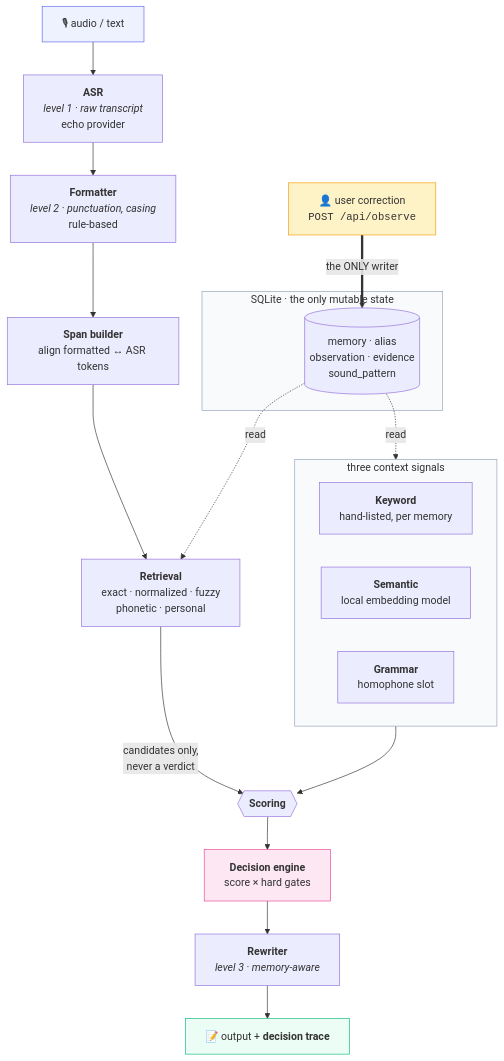
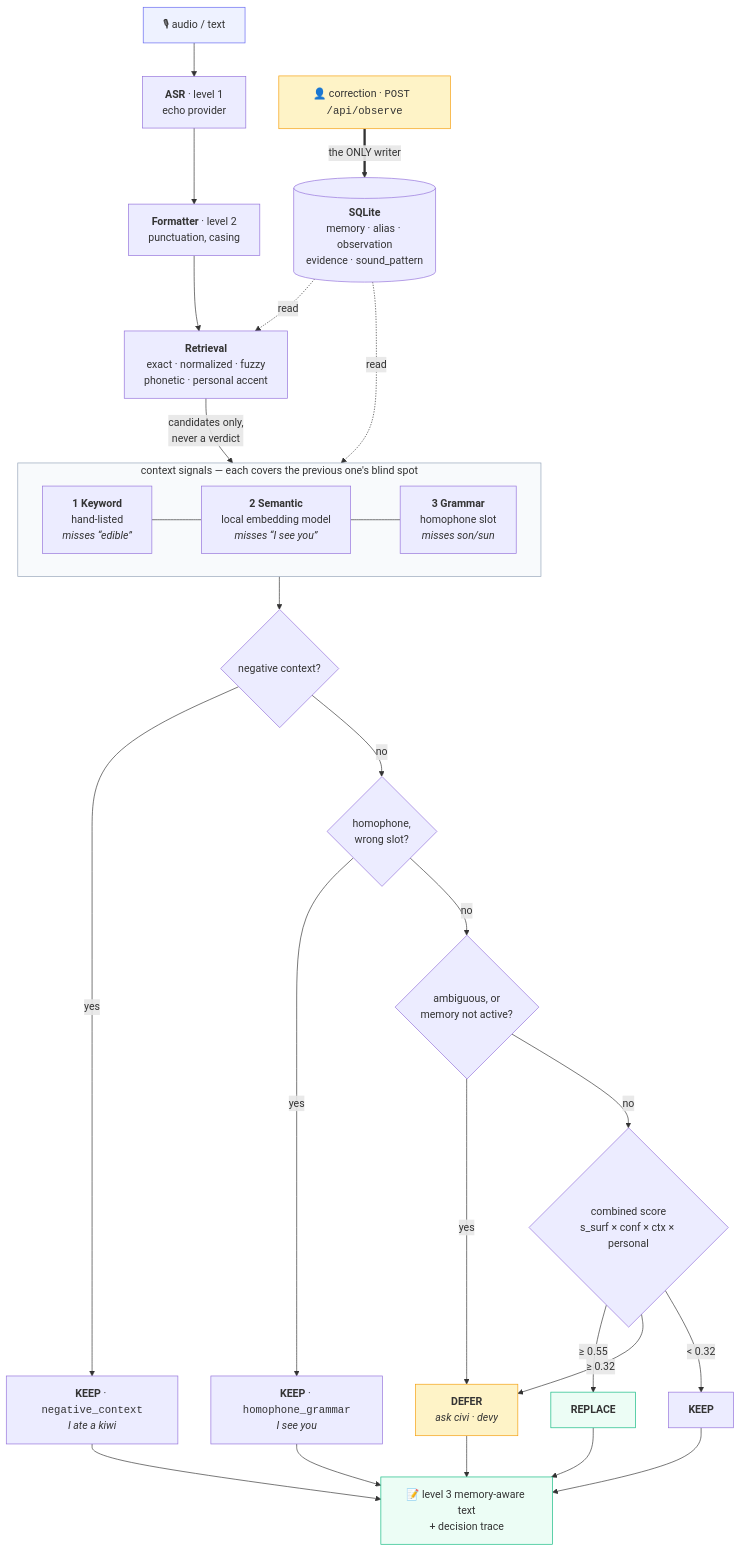
One commit to kailash-git/Sarvam_AI_Internship_Task changed the diagram in README.md. Above: the diagram before and after it, drawn with Mermaid. The commit also changed other lines of this file, not shown here.

````diff
--- a/README.md
+++ b/README.md
@@ -27,33 +27,44 @@
 ```mermaid
 flowchart TD
-    A["🎙 audio / text"] --> B["<b>ASR</b><br/><i>level 1 · raw transcript</i><br/>echo provider"]
-    B --> C["<b>Formatter</b><br/><i>level 2 · punctuation, casing</i><br/>rule-based"]
-    C --> D["<b>Span builder</b><br/>align formatted ↔ ASR tokens"]
-    D --> E["<b>Retrieval</b><br/>exact · normalized · fuzzy<br/>phonetic · personal"]
-    E -->|"candidates only,<br/>never a verdict"| F{{"<b>Scoring</b>"}}
+    A["🎙 audio / text"] --> B["<b>ASR</b> · level 1<br/>echo provider"]
+    B --> C["<b>Formatter</b> · level 2<br/>punctuation, casing"]
+    C --> D["<b>Retrieval</b><br/>exact · normalized · fuzzy<br/>phonetic · personal accent"]
+    D -->|"candidates only,<br/>never a verdict"| S
 
-    F --> G["<b>Decision engine</b><br/>score × hard gates"]
-    G --> H["<b>Rewriter</b><br/><i>level 3 · memory-aware</i>"]
-    H --> I["📝 output + <b>decision trace</b>"]
+    subgraph S ["context signals — each covers the previous one's blind spot"]
+        direction LR
+        S1["<b>1 Keyword</b><br/>hand-listed<br/><i>misses “edible”</i>"]
+        S2["<b>2 Semantic</b><br/>local embedding model<br/><i>misses “I see you”</i>"]
+        S3["<b>3 Grammar</b><br/>homophone slot<br/><i>misses son/sun</i>"]
+        S1 --- S2 --- S3
+    end
 
-    subgraph SIG ["three context signals"]
-        S1["<b>Keyword</b><br/>hand-listed, per memory"]
-        S2["<b>Semantic</b><br/>local embedding model"]
-        S3["<b>Grammar</b><br/>homophone slot"]
-    end
-    SIG --> F
+    S --> G1{"negative context?"}
+    G1 -->|yes| K1["<b>KEEP</b> · <code>negative_context</code><br/><i>I ate a kiwi</i>"]
+    G1 -->|no| G2{"homophone,<br/>wrong slot?"}
+    G2 -->|yes| K2["<b>KEEP</b> · <code>homophone_grammar</code><br/><i>I see you</i>"]
+    G2 -->|no| G3{"ambiguous, or<br/>memory not active?"}
+    G3 -->|yes| DF["<b>DEFER</b><br/><i>ask civi · devy</i>"]
+    G3 -->|no| BAND{"combined score<br/>s_surf × conf × ctx × personal"}
+    BAND -->|"&ge; 0.55"| RP["<b>REPLACE</b>"]
+    BAND -->|"&ge; 0.32"| DF
+    BAND -->|"&lt; 0.32"| K3["<b>KEEP</b>"]
 
-    subgraph MEM ["SQLite · the only mutable state"]
-        M1[("memory · alias<br/>observation · evidence<br/>sound_pattern")]
-    end
-    M1 -.->|read| E
-    M1 -.->|read| SIG
-    OBS["👤 user correction<br/><code>POST /api/observe</code>"] ==>|"the ONLY writer"| M1
+    RP --> OUT["📝 level 3 memory-aware text<br/>+ decision trace"]
+    DF --> OUT
+    K1 --> OUT
+    K2 --> OUT
+    K3 --> OUT
+
+    DB[("<b>SQLite</b><br/>memory · alias · observation<br/>evidence · sound_pattern")]
+    DB -.->|read| D
+    DB -.->|read| S
+    U["👤 correction · <code>POST /api/observe</code>"] ==>|"the ONLY writer"| DB
 
     style A fill:#eef2ff,stroke:#6366f1
-    style I fill:#ecfdf5,stroke:#10b981
-    style OBS fill:#fef3c7,stroke:#f59e0b
-    style G fill:#fce7f3,stroke:#ec4899
-    style SIG fill:#f8fafc,stroke:#94a3b8
-    style MEM fill:#f8fafc,stroke:#94a3b8
+    style OUT fill:#ecfdf5,stroke:#10b981
+    style RP fill:#ecfdf5,stroke:#10b981
+    style DF fill:#fef3c7,stroke:#f59e0b
+    style U fill:#fef3c7,stroke:#f59e0b
+    style S fill:#f8fafc,stroke:#94a3b8
 ```
````
